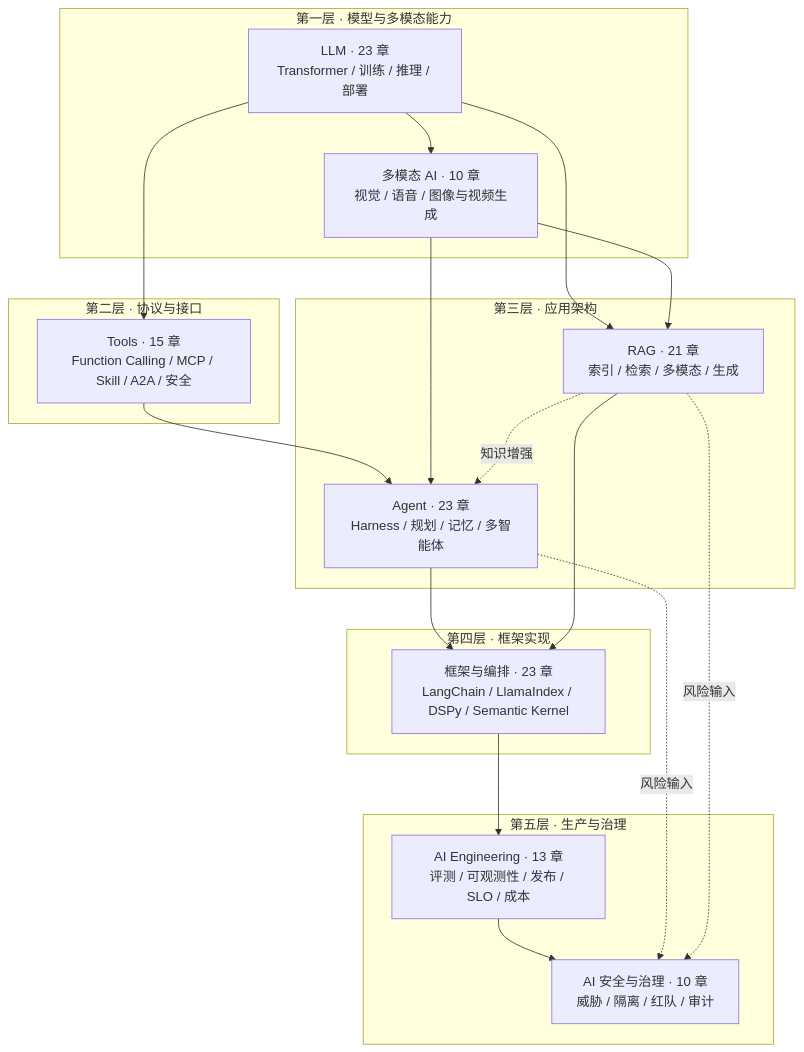
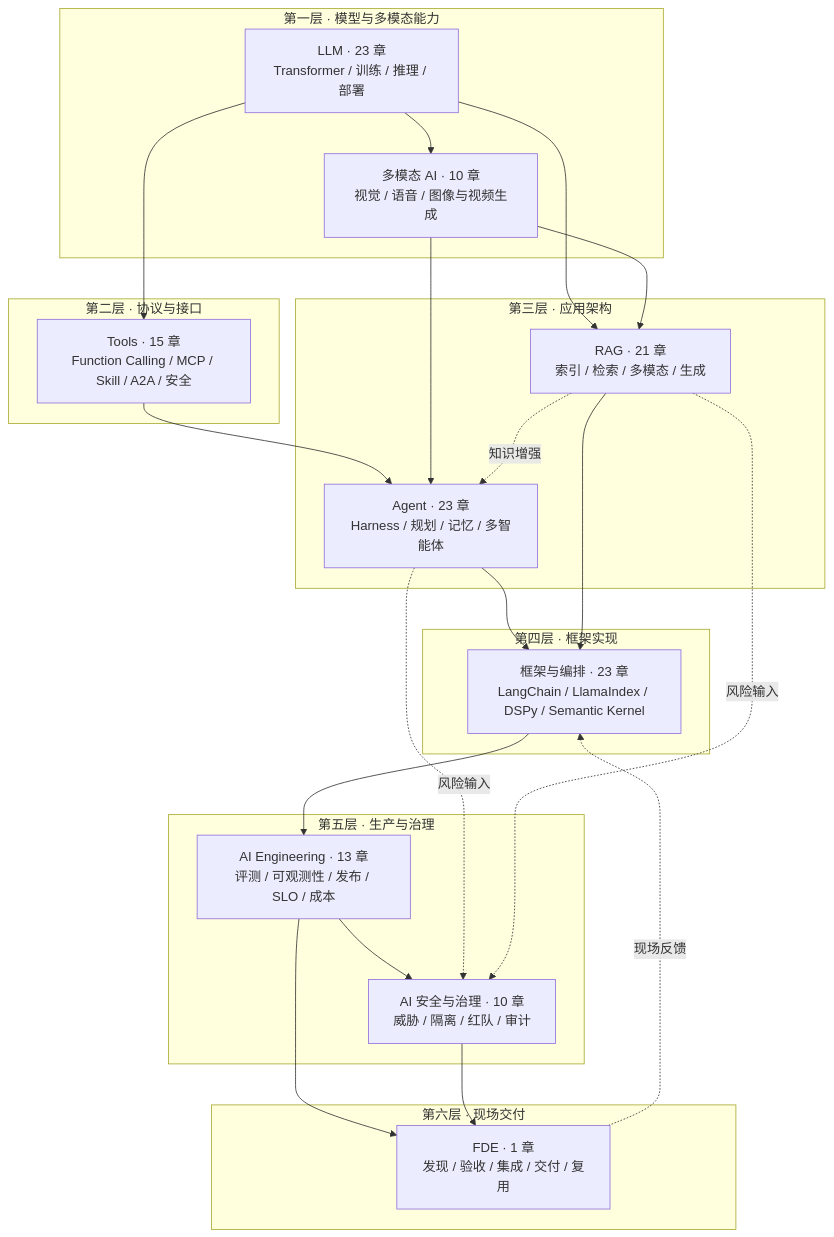
One commit to oneleaveknowsthefall/awesome-ai-roadmap changed the diagram in README.md. Above: the diagram before and after it, drawn with Mermaid. The commit also changed other lines of this file and 6 other files, not shown here.

````diff
--- a/README.md
+++ b/README.md
@@ -13,39 +13,46 @@
 ```mermaid
 flowchart TB
     subgraph L1["第一层 · 模型与多模态能力"]
         LLM["LLM · 23 章<br/>Transformer / 训练 / 推理 / 部署"]
         MM["多模态 AI · 10 章<br/>视觉 / 语音 / 图像与视频生成"]
     end
 
     subgraph L2["第二层 · 协议与接口"]
         TOOLS["Tools · 15 章<br/>Function Calling / MCP / Skill / A2A / 安全"]
     end
 
     subgraph L3["第三层 · 应用架构"]
         AGENT["Agent · 23 章<br/>Harness / 规划 / 记忆 / 多智能体"]
         RAG["RAG · 21 章<br/>索引 / 检索 / 多模态 / 生成"]
     end
 
     subgraph L4["第四层 · 框架实现"]
         FW["框架与编排 · 23 章<br/>LangChain / LlamaIndex / DSPy / Semantic Kernel"]
     end
 
     subgraph L5["第五层 · 生产与治理"]
         ENG["AI Engineering · 13 章<br/>评测 / 可观测性 / 发布 / SLO / 成本"]
         SAFE["AI 安全与治理 · 10 章<br/>威胁 / 隔离 / 红队 / 审计"]
     end
 
+    subgraph L6["第六层 · 现场交付"]
+        FDE["FDE · 1 章<br/>发现 / 验收 / 集成 / 交付 / 复用"]
+    end
+
     LLM --> MM
     LLM --> TOOLS
     TOOLS --> AGENT
     LLM --> RAG
     MM --> AGENT
     MM --> RAG
     AGENT --> FW
     RAG --> FW
     FW --> ENG
     ENG --> SAFE
+    ENG --> FDE
+    SAFE --> FDE
+    FDE -.现场反馈.-> FW
     AGENT -.风险输入.-> SAFE
     RAG -.风险输入.-> SAFE
     RAG -.知识增强.-> AGENT
 ```
````
